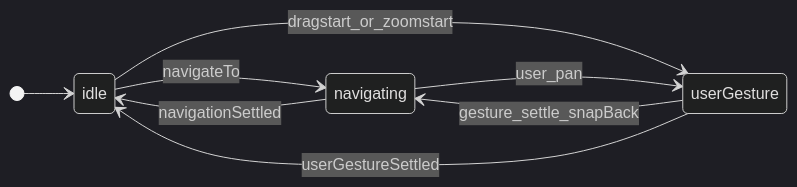
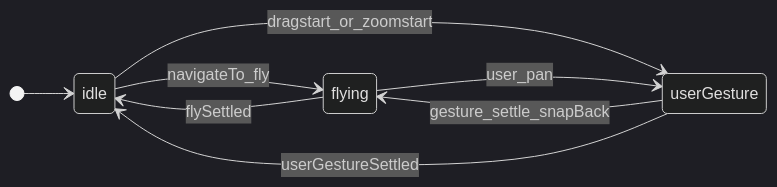
Before and after one commit to UltimateTag-Studios/sheet-map: the first of 2 diagrams in docs/camera-rules.md, drawn with Mermaid (dark theme). The commit also changed other lines of this file and 29 other files, not shown here.

````diff
--- a/docs/camera-rules.md
+++ b/docs/camera-rules.md
@@ -23,11 +23,11 @@
 ```mermaid
 stateDiagram-v2
   direction LR
   [*] --> idle
-  idle --> navigating: navigateTo
+  idle --> flying: navigateTo_fly
   idle --> userGesture: dragstart_or_zoomstart
-  navigating --> idle: navigationSettled
-  navigating --> userGesture: user_pan
-  userGesture --> navigating: gesture_settle_snapBack
+  flying --> idle: flySettled
+  flying --> userGesture: user_pan
+  userGesture --> flying: gesture_settle_snapBack
   userGesture --> idle: userGestureSettled
 ```
````
